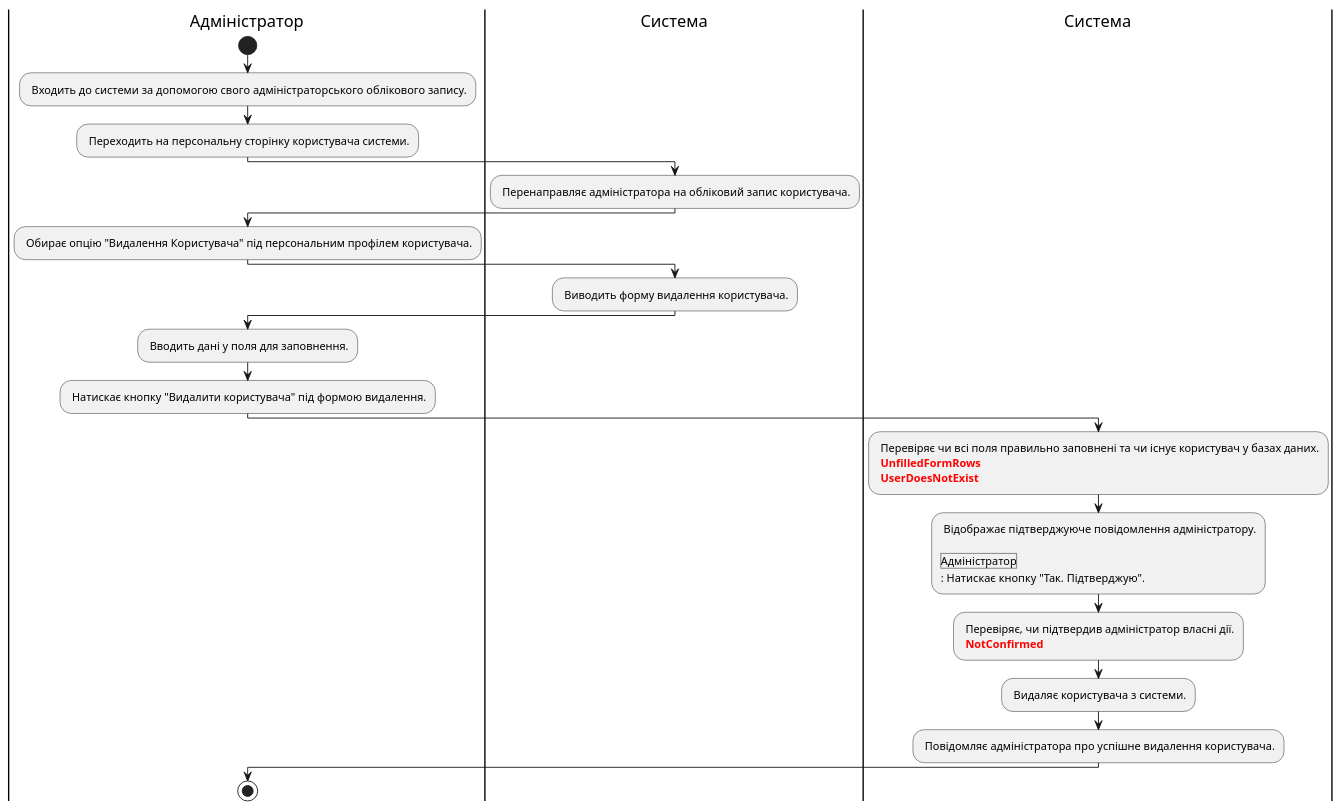
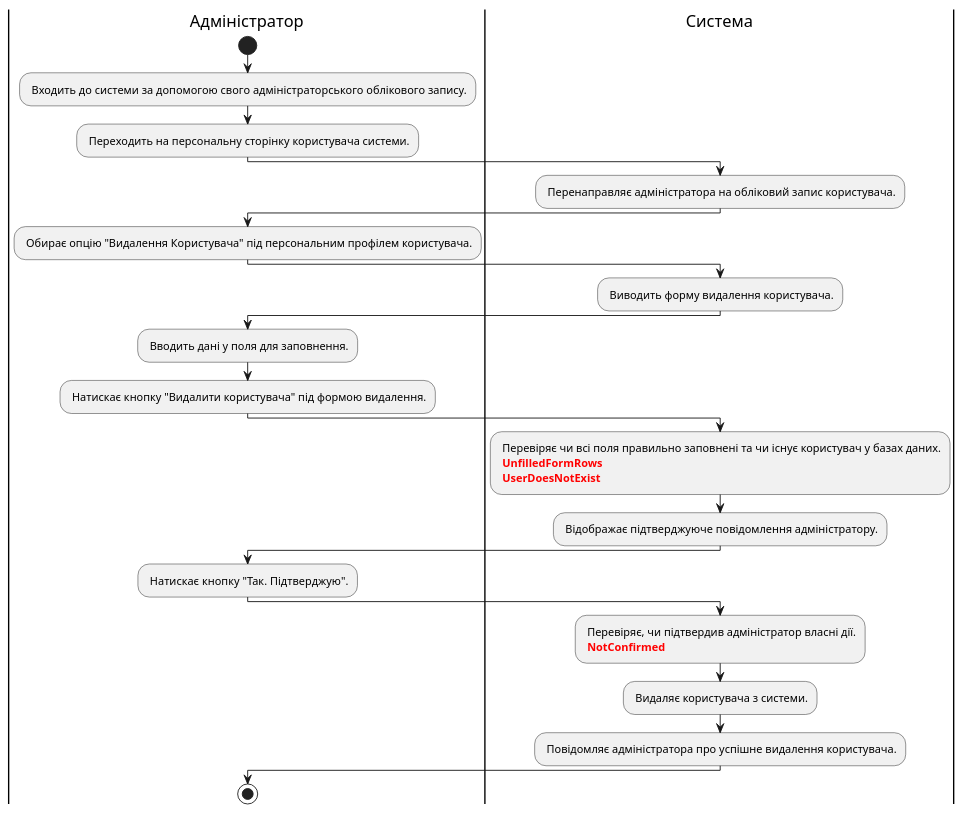
Diagram 18 of 18 in docs/use cases/README.md (notnuff/edu_db_labs-IM-21), drawn with PlantUML before and after one commit. The commit also changed other lines of this file, not shown here.

Commit message:
fix uml diagrams

```diff
--- a/docs/use cases/README.md
+++ b/docs/use cases/README.md
@@ -623,41 +623,41 @@
 @startuml
 
     |Адміністратор|
     start;
     : Входить до системи за допомогою свого адміністраторського облікового запису.;
     : Переходить на персональну сторінку користувача системи.;
 
     |Система|
     : Перенаправляє адміністратора на обліковий запис користувача.;
 
     |Адміністратор|
     : Обирає опцію "Видалення Користувача" під персональним профілем користувача.;
 
     |Система|
     : Виводить форму видалення користувача.;
 
     |Адміністратор|
     : Вводить дані у поля для заповнення.;
     : Натискає кнопку "Видалити користувача" під формою видалення.;
     
-    |Cистема|
+    |Система|
     : Перевіряє чи всі поля правильно заповнені та чи існує користувач у базах даних.
     <font color="red"><b> UnfilledFormRows
     <font color="red"><b> UserDoesNotExist;
 
-    : Відображає підтверджуюче повідомлення адміністратору.
+    : Відображає підтверджуюче повідомлення адміністратору.;
 
     |Адміністратор|
     : Натискає кнопку "Так. Підтверджую".;
 
-    |Cистема|
+    |Система|
     : Перевіряє, чи підтвердив адміністратор власні дії.
     <font color="red"><b> NotConfirmed;
 
     : Видаляє користувача з системи.;
     : Повідомляє адміністратора про успішне видалення користувача.;
 
     |Адміністратор|
     stop;
     
 @enduml
```
